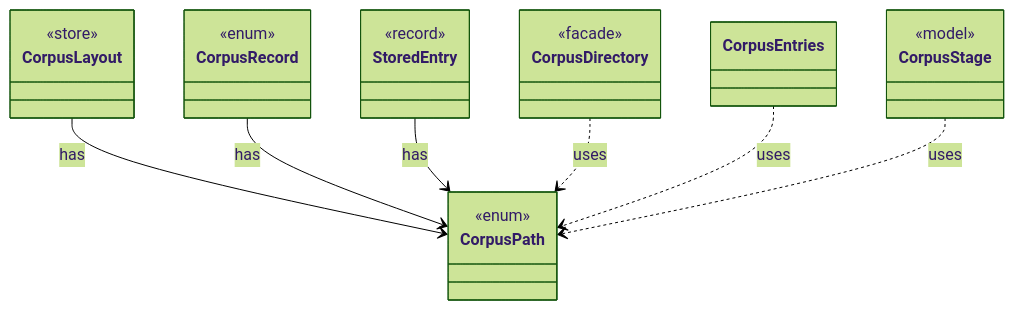
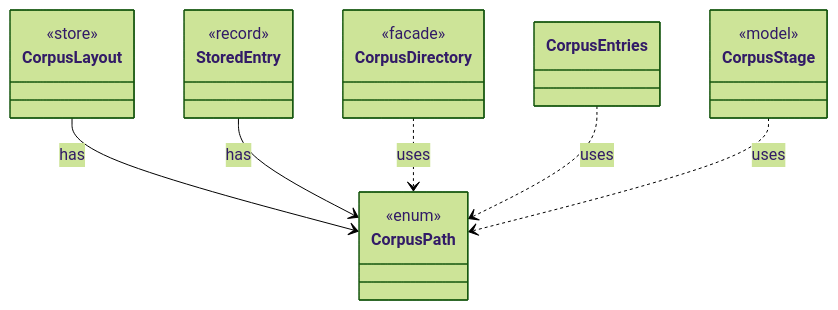
One commit to tlaplus/model-checker-hardening changed the diagram in dev/types/io.github.tlaplus.hardening.corpus.CorpusPath.md. Above: the diagram before and after it, drawn with Mermaid (forest theme). The commit also changed other lines of this file and 408 other files, not shown here.

````diff
--- a/dev/types/io.github.tlaplus.hardening.corpus.CorpusPath.md
+++ b/dev/types/io.github.tlaplus.hardening.corpus.CorpusPath.md
@@ -7,28 +7,24 @@
 ```mermaid
 classDiagram
   class CorpusPath {
     <<enum>>
   }
   class CorpusLayout {
     <<store>>
-  }
-  class CorpusRecord {
-    <<enum>>
   }
   class StoredEntry {
     <<record>>
   }
   class CorpusDirectory {
     <<facade>>
   }
   class CorpusEntries
   class CorpusStage {
     <<model>>
   }
   CorpusLayout --> CorpusPath : has
-  CorpusRecord --> CorpusPath : has
   StoredEntry --> CorpusPath : has
   CorpusDirectory ..> CorpusPath : uses
   CorpusEntries ..> CorpusPath : uses
   CorpusStage ..> CorpusPath : uses
 ```
````
